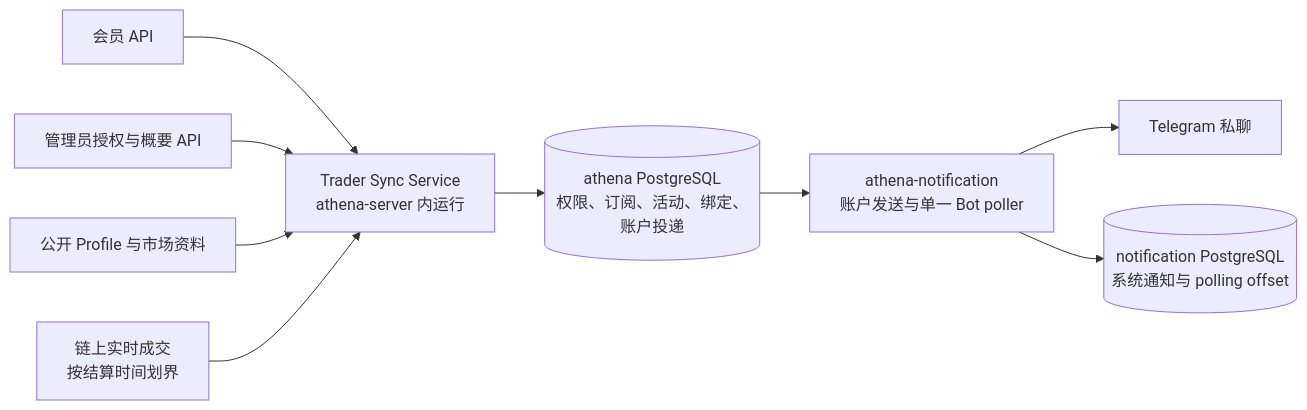
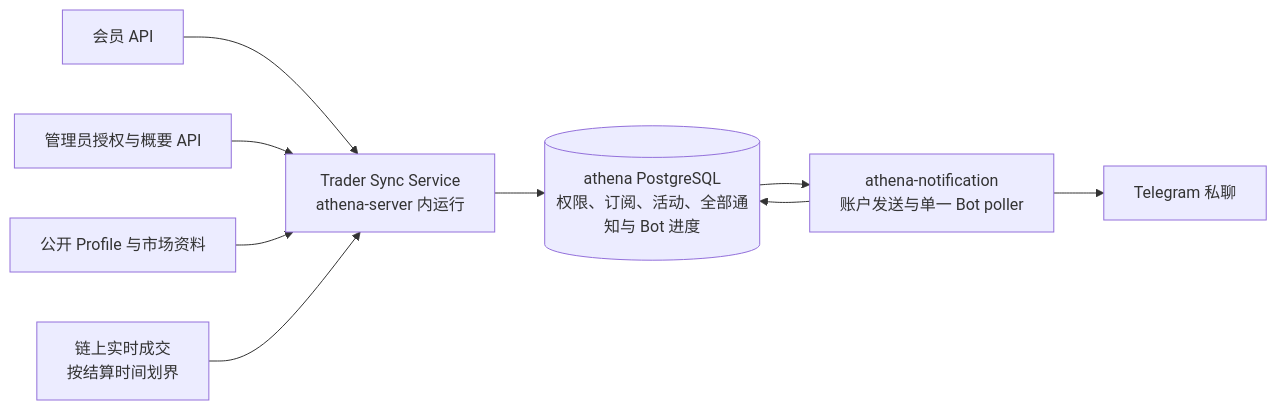
Before and after one commit to useryege/athena-o: the diagram in docs/design/trading/trader-sync-activity-alerts.md, drawn with Mermaid. The commit also changed other lines of this file and 19 other files, not shown here.

````diff
--- a/docs/design/trading/trader-sync-activity-alerts.md
+++ b/docs/design/trading/trader-sync-activity-alerts.md
@@ -55,11 +57,11 @@
 ```mermaid
 flowchart LR
     U[会员 API] --> T[Trader Sync Service<br/>athena-server 内运行]
     A[管理员授权与概要 API] --> T
     P[公开 Profile 与市场资料] --> T
     S[链上实时成交<br/>按结算时间划界] --> T
-    T --> D[(athena PostgreSQL<br/>权限、订阅、活动、绑定、账户投递)]
+    T --> D[(athena PostgreSQL<br/>权限、订阅、活动、全部通知与 Bot 进度)]
     D --> N[athena-notification<br/>账户发送与单一 Bot poller]
     N --> G[Telegram 私聊]
-    N --> O[(notification PostgreSQL<br/>系统通知与 polling offset)]
+    N --> D
 ```
````
